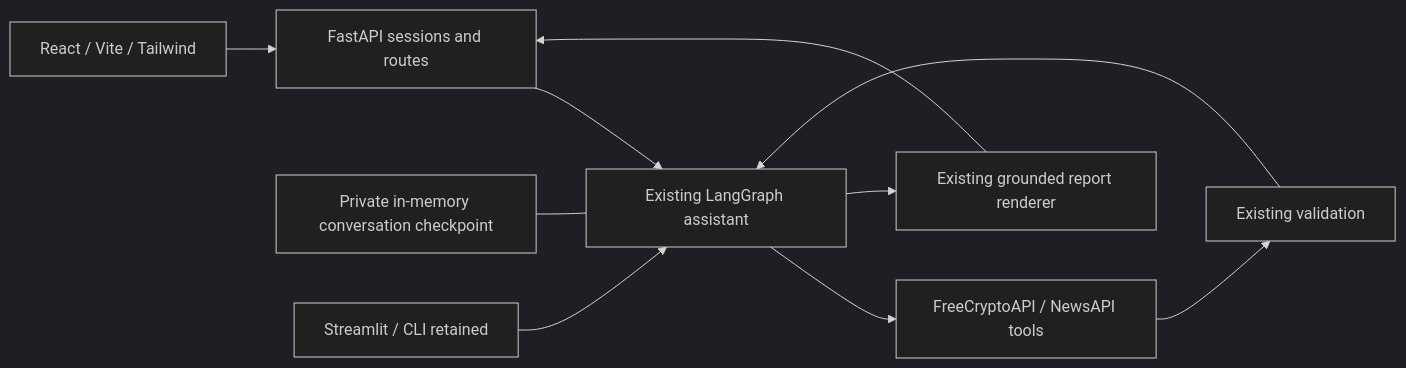
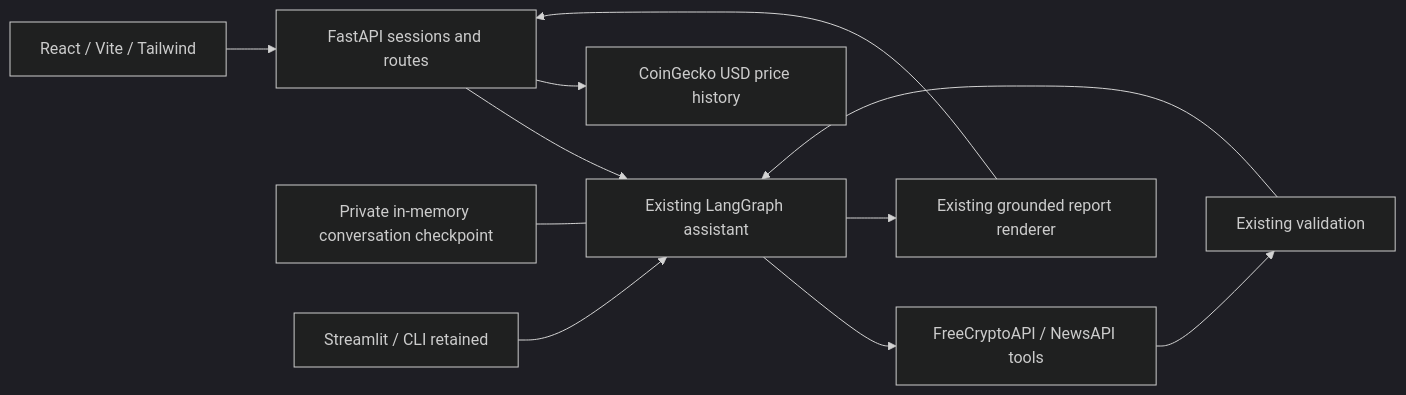
One commit to abdelhamidbendrif/Crypto-Analysis-Agent- changed the diagram in README.md. Above: the diagram before and after it, drawn with Mermaid (dark theme). The commit also changed other lines of this file and 16 other files, not shown here.

Commit message:
Add verified BTC and ETH price history and portfolio launch kit

````diff
--- a/README.md
+++ b/README.md
@@ -76,12 +81,13 @@
 ```mermaid
 flowchart LR
     R[React / Vite / Tailwind] --> F[FastAPI sessions and routes]
     F --> A[Existing LangGraph assistant]
+    F --> C[CoinGecko USD price history]
     A --> T[FreeCryptoAPI / NewsAPI tools]
     T --> V[Existing validation]
     V --> A
     A --> G[Existing grounded report renderer]
     G --> F
     M[Private in-memory conversation checkpoint] --- A
     S[Streamlit / CLI retained] --> A
 ```
````
